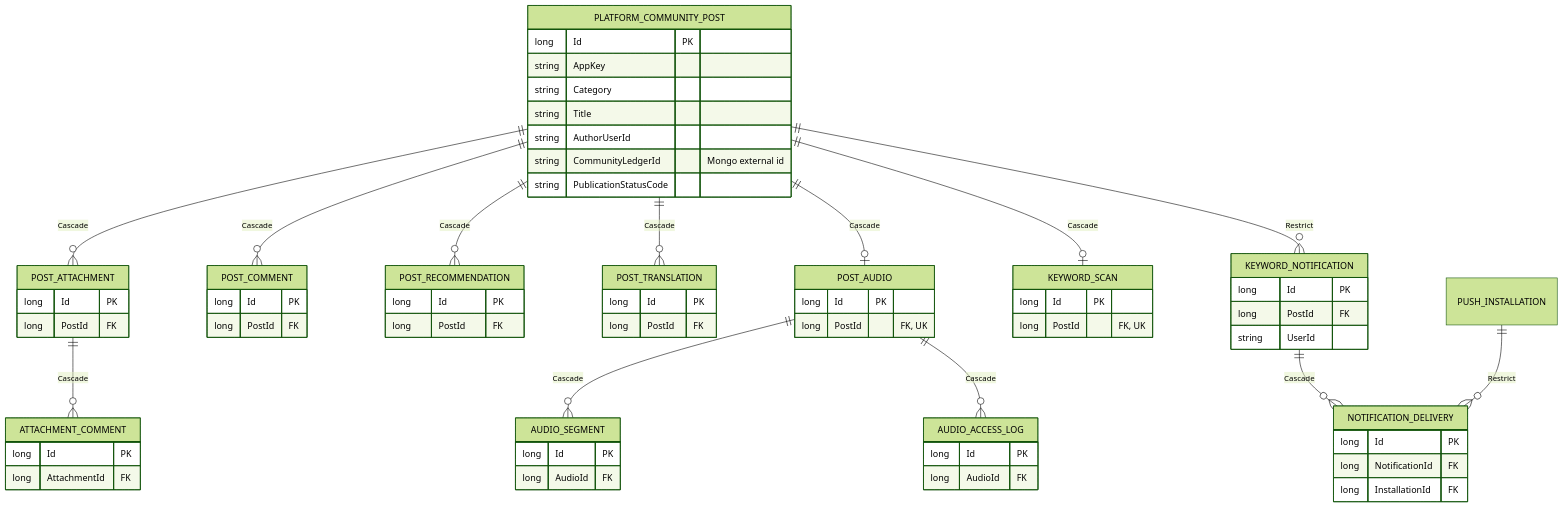
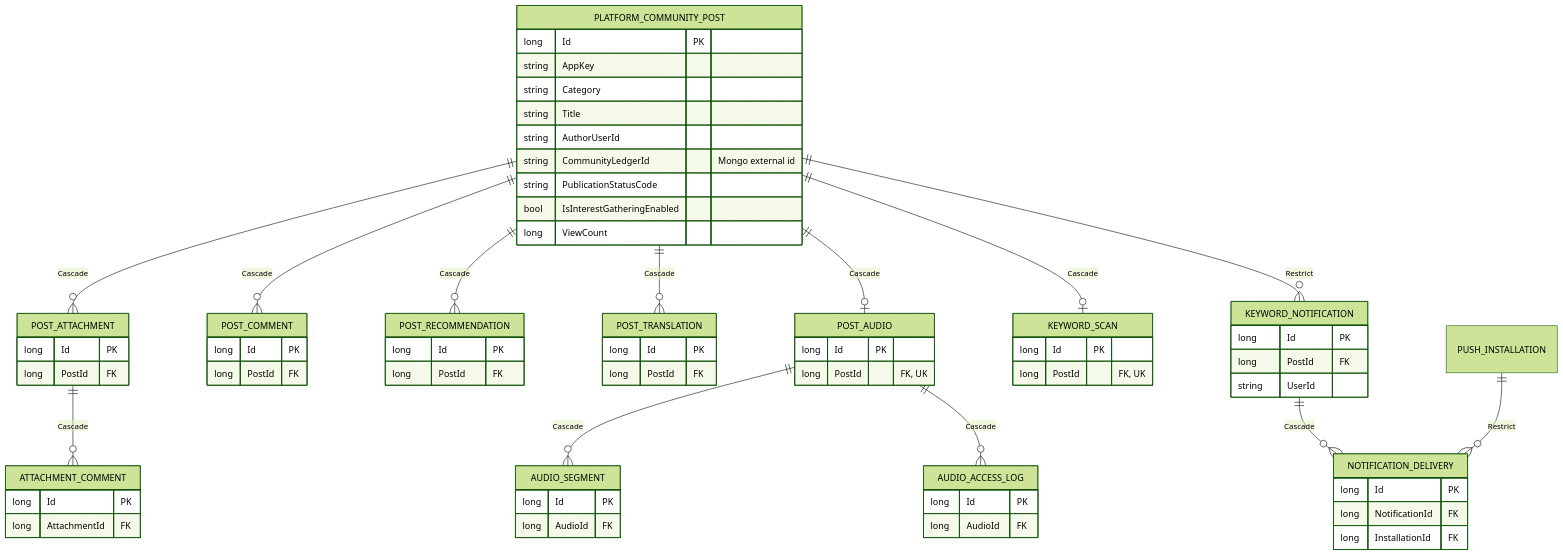
The diagram in docs/Architecture/DataModel/community-post-erd.md (cheolwo/hongdal), drawn with Mermaid (forest theme) before and after one commit. The commit also changed other lines of this file and 74 other files, not shown here.

````diff
--- a/docs/Architecture/DataModel/community-post-erd.md
+++ b/docs/Architecture/DataModel/community-post-erd.md
@@ -5,71 +5,73 @@
 ```mermaid
 erDiagram
     PLATFORM_COMMUNITY_POST ||--o{ POST_ATTACHMENT : "Cascade"
     POST_ATTACHMENT ||--o{ ATTACHMENT_COMMENT : "Cascade"
     PLATFORM_COMMUNITY_POST ||--o{ POST_COMMENT : "Cascade"
     PLATFORM_COMMUNITY_POST ||--o{ POST_RECOMMENDATION : "Cascade"
     PLATFORM_COMMUNITY_POST ||--o{ POST_TRANSLATION : "Cascade"
     PLATFORM_COMMUNITY_POST ||--o| POST_AUDIO : "Cascade"
     POST_AUDIO ||--o{ AUDIO_SEGMENT : "Cascade"
     POST_AUDIO ||--o{ AUDIO_ACCESS_LOG : "Cascade"
     PLATFORM_COMMUNITY_POST ||--o| KEYWORD_SCAN : "Cascade"
     PLATFORM_COMMUNITY_POST ||--o{ KEYWORD_NOTIFICATION : "Restrict"
     KEYWORD_NOTIFICATION ||--o{ NOTIFICATION_DELIVERY : "Cascade"
     PUSH_INSTALLATION ||--o{ NOTIFICATION_DELIVERY : "Restrict"
 
     PLATFORM_COMMUNITY_POST {
         long Id PK
         string AppKey
         string Category
         string Title
         string AuthorUserId
         string CommunityLedgerId "Mongo external id"
         string PublicationStatusCode
+        bool IsInterestGatheringEnabled
+        long ViewCount
     }
     POST_ATTACHMENT {
         long Id PK
         long PostId FK
     }
     ATTACHMENT_COMMENT {
         long Id PK
         long AttachmentId FK
     }
     POST_COMMENT {
         long Id PK
         long PostId FK
     }
     POST_RECOMMENDATION {
         long Id PK
         long PostId FK
     }
     POST_TRANSLATION {
         long Id PK
         long PostId FK
     }
     POST_AUDIO {
         long Id PK
         long PostId "FK, UK"
     }
     AUDIO_SEGMENT {
         long Id PK
         long AudioId FK
     }
     AUDIO_ACCESS_LOG {
         long Id PK
         long AudioId FK
     }
     KEYWORD_SCAN {
         long Id PK
         long PostId "FK, UK"
     }
     KEYWORD_NOTIFICATION {
         long Id PK
         long PostId FK
         string UserId
     }
     NOTIFICATION_DELIVERY {
         long Id PK
         long NotificationId FK
         long InstallationId FK
     }
 ```
````
